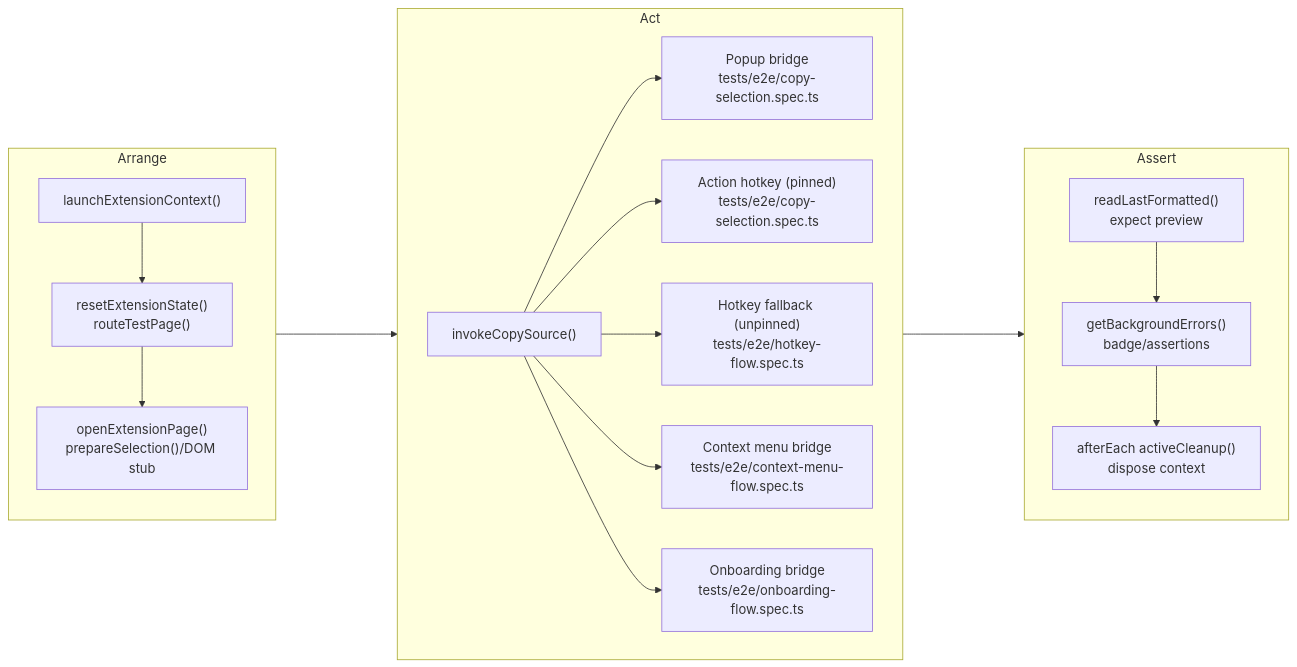
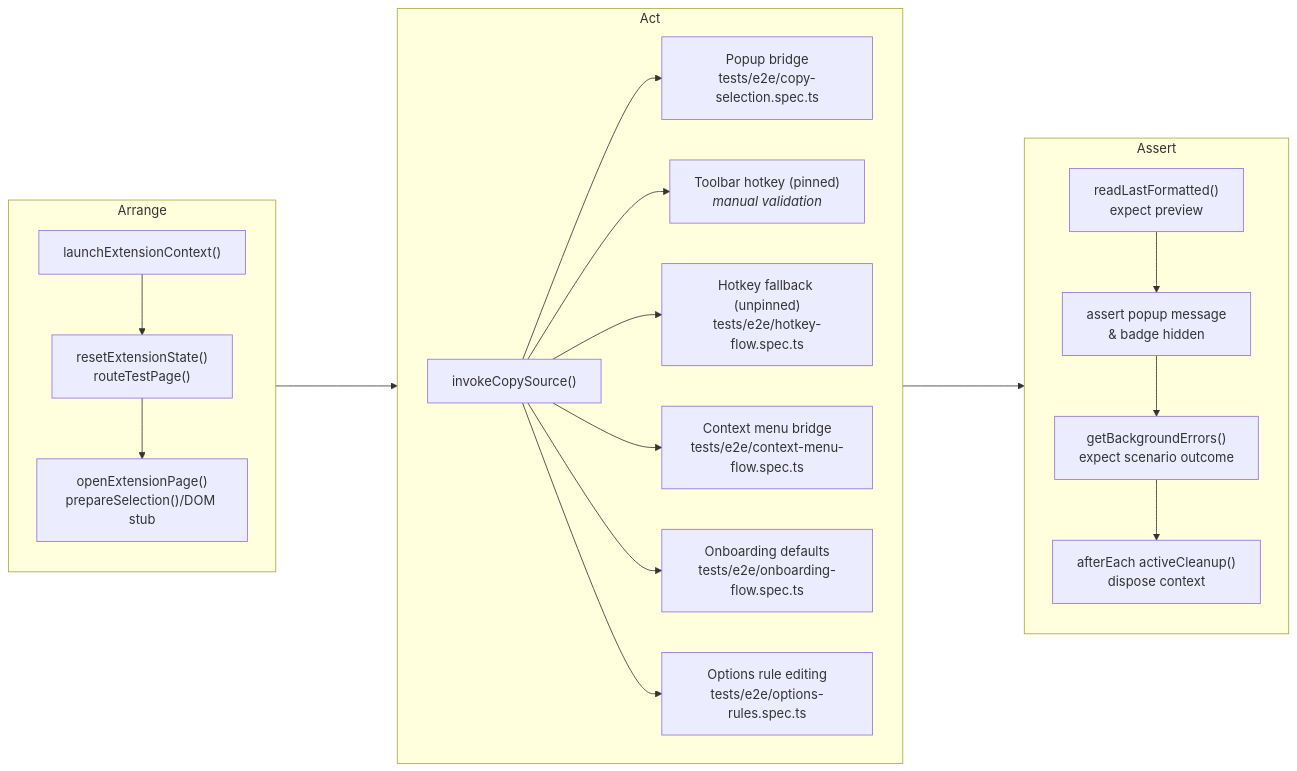
The diagram in docs/dev/test-coverage.md (PabloLION/MarkQuote), drawn with Mermaid before and after one commit. The commit also changed other lines of this file, not shown here.

Commit message:
docs(e2e): map coverage and manual gaps

````diff
--- a/docs/dev/test-coverage.md
+++ b/docs/dev/test-coverage.md
@@ -26,26 +26,27 @@
 ```mermaid
 flowchart LR
   %% Use IDs so we can link the subgraphs (not their inner nodes)
   subgraph ARR[Arrange]
     direction TB
     A["launchExtensionContext()"] --> B["resetExtensionState()<br/>routeTestPage()"] --> C["openExtensionPage()<br/>prepareSelection()/DOM stub"]
   end
   ARR ----> ACT
 
   subgraph ACT[Act]
     direction LR
     D["invokeCopySource()"]
     D --> D1["Popup bridge<br/>tests/e2e/copy-selection.spec.ts"]
-    D --> D2["Action hotkey (pinned)<br/>tests/e2e/copy-selection.spec.ts"]
+    D --> D2["Toolbar hotkey (pinned)<br/><em>manual validation</em>"]
     D --> D3["Hotkey fallback (unpinned)<br/>tests/e2e/hotkey-flow.spec.ts"]
     D --> D4["Context menu bridge<br/>tests/e2e/context-menu-flow.spec.ts"]
-    D --> D5["Onboarding bridge<br/>tests/e2e/onboarding-flow.spec.ts"]
+    D --> D5["Onboarding defaults<br/>tests/e2e/onboarding-flow.spec.ts"]
+    D --> D6["Options rule editing<br/>tests/e2e/options-rules.spec.ts"]
   end
   ACT ----> ASS
 
   subgraph ASS[Assert]
     direction TB
-    E["readLastFormatted()<br/>expect preview"] --> F["getBackgroundErrors()<br/>badge/assertions"] --> G["afterEach activeCleanup()<br/>dispose context"]
+    E["readLastFormatted()<br/>expect preview"] --> F["assert popup message<br/>& badge hidden"] --> G["getBackgroundErrors()<br/>expect scenario outcome"] --> H["afterEach activeCleanup()<br/>dispose context"]
   end
 
 ```
````
